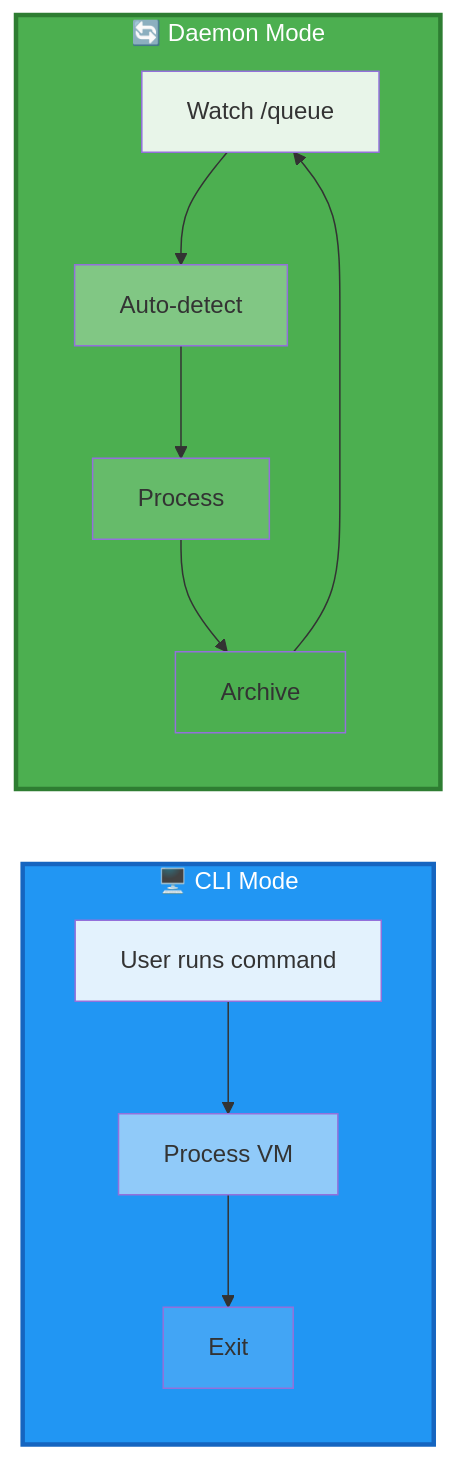
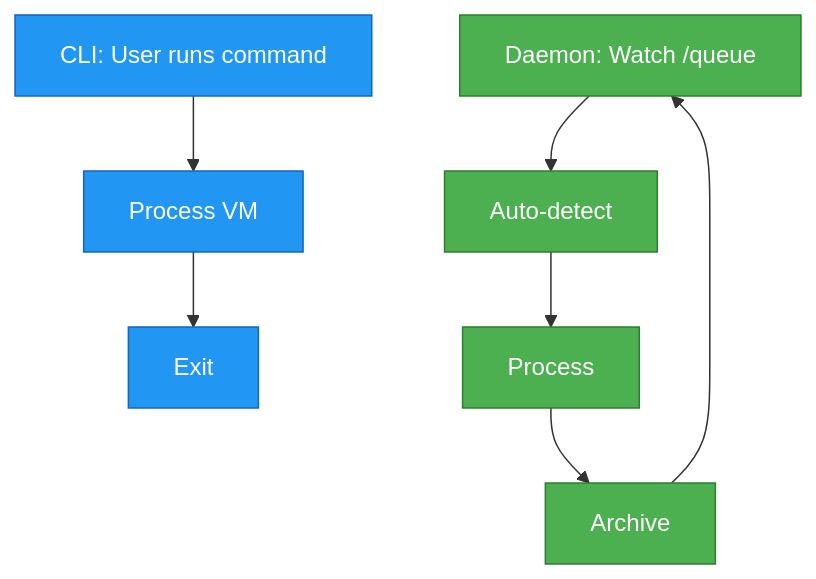
Before and after one commit to ssahani/hyper2kvm: the diagram in docs/presentation/quick-comparison.md, drawn with Mermaid.

Commit message:
fix: Simplify quick-comparison Mermaid diagram for GitHub
- Remove nested subgraphs with direction specifications
- Use classDef for consistent styling
- Simplify graph structure
- Ensure proper rendering on GitHub

````diff
--- a/docs/presentation/quick-comparison.md
+++ b/docs/presentation/quick-comparison.md
@@ -5,28 +5,16 @@
 ```mermaid
-graph LR
-    subgraph CLI["🖥️ CLI Mode"]
-        direction TB
-        C1["User runs command"] --> C2["Process VM"]
-        C2 --> C3["Exit"]
+graph TD
+    C1[CLI: User runs command] --> C2[Process VM]
+    C2 --> C3[Exit]
 
-        style C1 fill:#E3F2FD
-        style C2 fill:#90CAF9
-        style C3 fill:#42A5F5
-    end
+    D1[Daemon: Watch /queue] --> D2[Auto-detect]
+    D2 --> D3[Process]
+    D3 --> D4[Archive]
+    D4 --> D1
 
-    subgraph DAEMON["🔄 Daemon Mode"]
-        direction TB
-        D1["Watch /queue"] --> D2["Auto-detect"]
-        D2 --> D3["Process"]
-        D3 --> D4["Archive"]
-        D4 --> D1
+    classDef cliStyle fill:#2196F3,stroke:#1565C0,color:#fff
+    classDef daemonStyle fill:#4CAF50,stroke:#2E7D32,color:#fff
 
-        style D1 fill:#E8F5E9
-        style D2 fill:#81C784
-        style D3 fill:#66BB6A
-        style D4 fill:#4CAF50
-    end
-
-    style CLI fill:#2196F3,stroke:#1565C0,color:#fff,stroke-width:3px
-    style DAEMON fill:#4CAF50,stroke:#2E7D32,color:#fff,stroke-width:3px
+    class C1,C2,C3 cliStyle
+    class D1,D2,D3,D4 daemonStyle
 ```
````
